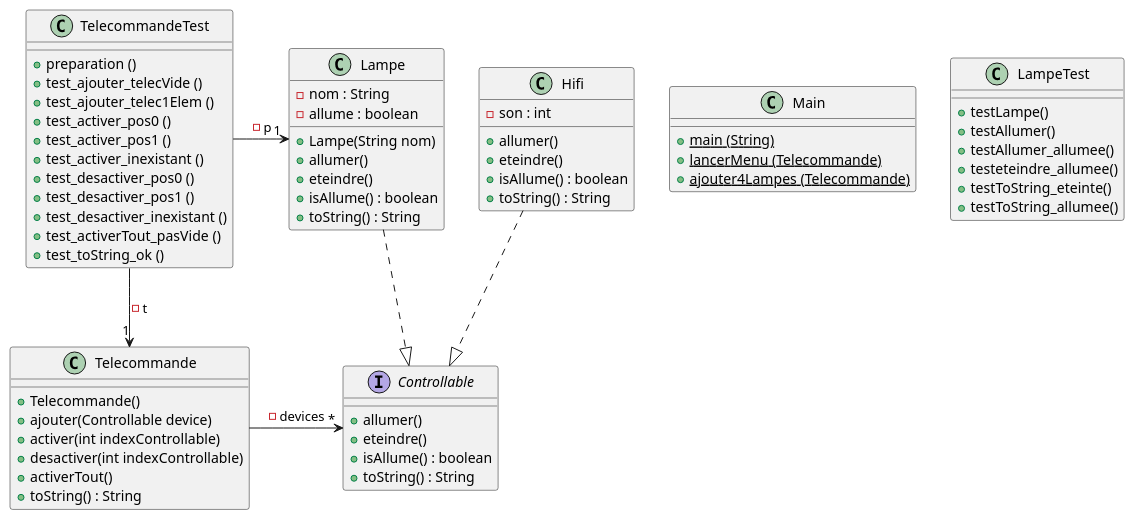
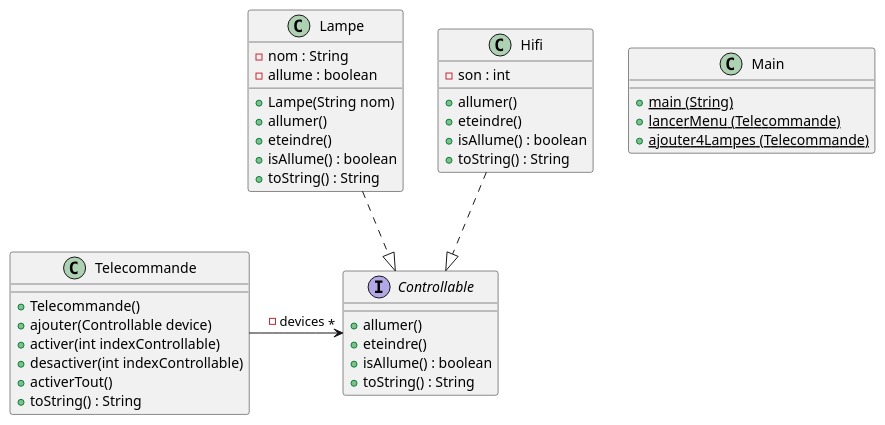
Before and after one commit to Hugo-COLLIN/BUT_S2_COO_domotique: the diagram in Domotique/ressource/diagClasse.plantuml, drawn with PlantUML.

Commit message:
suppression des classes de tests

```diff
--- a/Domotique/ressource/diagClasse.plantuml
+++ b/Domotique/ressource/diagClasse.plantuml
@@ -1,76 +1,51 @@
 @startuml
 
 interface Controllable {
     + allumer()
     + eteindre()
     + isAllume() : boolean
     + toString() : String
 }
 
 class Lampe {
     - nom : String
     - allume : boolean
     + Lampe(String nom)
     + allumer()
     + eteindre()
     + isAllume() : boolean
     + toString() : String
 }
 
 class Hifi {
     - son : int
     + allumer()
     + eteindre()
     + isAllume() : boolean
     + toString() : String
 }
 
 class Telecommande {
     + Telecommande()
     + ajouter(Controllable device)
     + activer(int indexControllable)
     + desactiver(int indexControllable)
     + activerTout()
     + toString() : String
 }
 
 
 
 class Main {
     + main (String) {static}
     + lancerMenu (Telecommande) {static}
     + ajouter4Lampes (Telecommande) {static}
 }
 
-class LampeTest {
-    + testLampe()
-    + testAllumer()
-    + testAllumer_allumee()
-    + testeteindre_allumee()
-    + testToString_eteinte()
-    + testToString_allumee()
-}
-
-class TelecommandeTest {
-    + preparation ()
-    + test_ajouter_telecVide ()
-    + test_ajouter_telec1Elem ()
-    + test_activer_pos0 ()
-    + test_activer_pos1 ()
-    + test_activer_inexistant ()
-    + test_desactiver_pos0 ()
-    + test_desactiver_pos1 ()
-    + test_desactiver_inexistant ()
-    + test_activerTout_pasVide ()
-    + test_toString_ok ()
-}
-
 Telecommande -> "*" Controllable : - devices
 
 Lampe ..|> Controllable
 Hifi ..|> Controllable
 
-TelecommandeTest --> "1" Telecommande : - t
-TelecommandeTest -> "1" Lampe : - p
 
 @enduml
```
